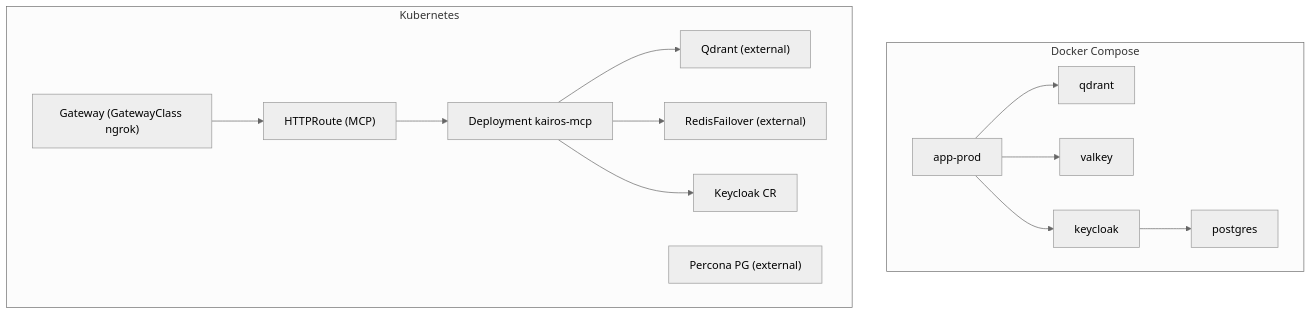
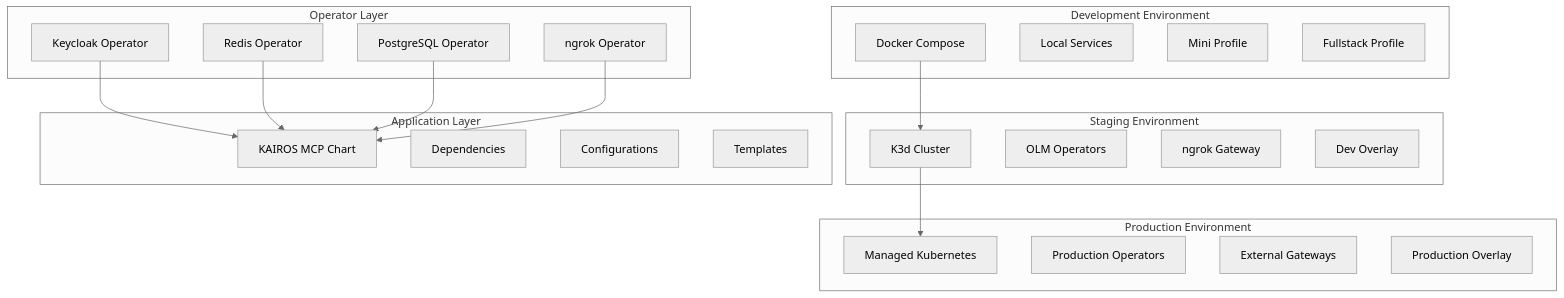
Before and after one commit to debian777/kairos-mcp: the second of 9 diagrams in .qoder/repowiki/en/content/Architecture & Design/Deployment & Infrastructure.md, drawn with Mermaid (neutral theme). The commit also changed other lines of this file and 17 other files, not shown here.

````diff
--- a/.qoder/repowiki/en/content/Architecture & Design/Deployment & Infrastructure.md
+++ b/.qoder/repowiki/en/content/Architecture & Design/Deployment & Infrastructure.md
@@ -103,28 +142,39 @@
 ```mermaid
 graph TB
-subgraph "Docker Compose"
-DC_APP["app-prod"]
-DC_QDR["qdrant"]
-DC_VAL["valkey"]
-DC_KC["keycloak"]
-DC_PG["postgres"]
+subgraph "Development Environment"
+D1["Docker Compose"]
+D2["Local Services"]
+D3["Mini Profile"]
+D4["Fullstack Profile"]
 end
-subgraph "Kubernetes"
-K_GW["Gateway (GatewayClass ngrok)"]
-K_RT["HTTPRoute (MCP)"]
-K_APP["Deployment kairos-mcp"]
-K_Q["Qdrant (external)"]
-K_R["RedisFailover (external)"]
-K_KC["Keycloak CR"]
-K_PG["Percona PG (external)"]
+subgraph "Staging Environment"
+S1["K3d Cluster"]
+S2["OLM Operators"]
+S3["ngrok Gateway"]
+S4["Dev Overlay"]
 end
-DC_APP --> DC_QDR
-DC_APP --> DC_VAL
-DC_APP --> DC_KC
-DC_KC --> DC_PG
-K_APP --> K_Q
-K_APP --> K_R
-K_APP --> K_KC
-K_GW --> K_RT
-K_RT --> K_APP
+subgraph "Production Environment"
+P1["Managed Kubernetes"]
+P2["Production Operators"]
+P3["External Gateways"]
+P4["Production Overlay"]
+end
+subgraph "Operator Layer"
+O1["Keycloak Operator"]
+O2["Redis Operator"]
+O3["PostgreSQL Operator"]
+O4["ngrok Operator"]
+end
+subgraph "Application Layer"
+A1["KAIROS MCP Chart"]
+A2["Dependencies"]
+A3["Configurations"]
+A4["Templates"]
+end
+D1 --> S1
+S1 --> P1
+O1 --> A1
+O2 --> A1
+O3 --> A1
+O4 --> A1
 ```
````
